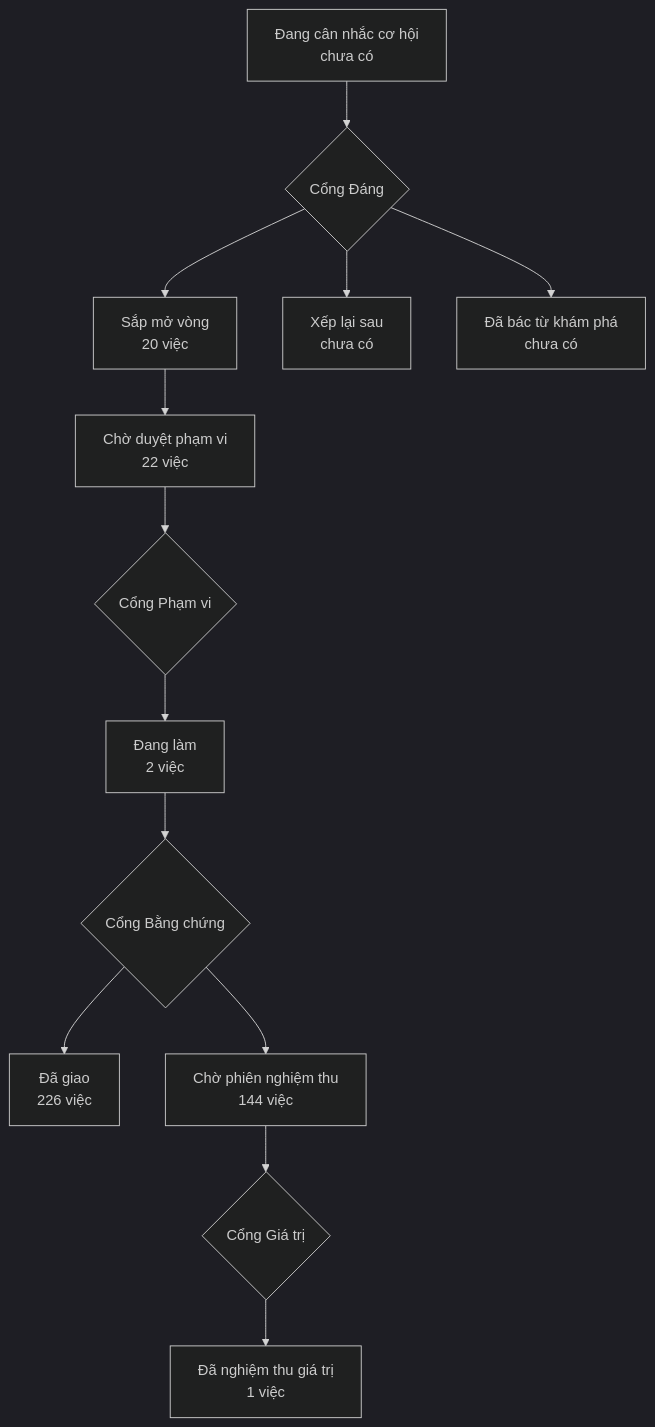
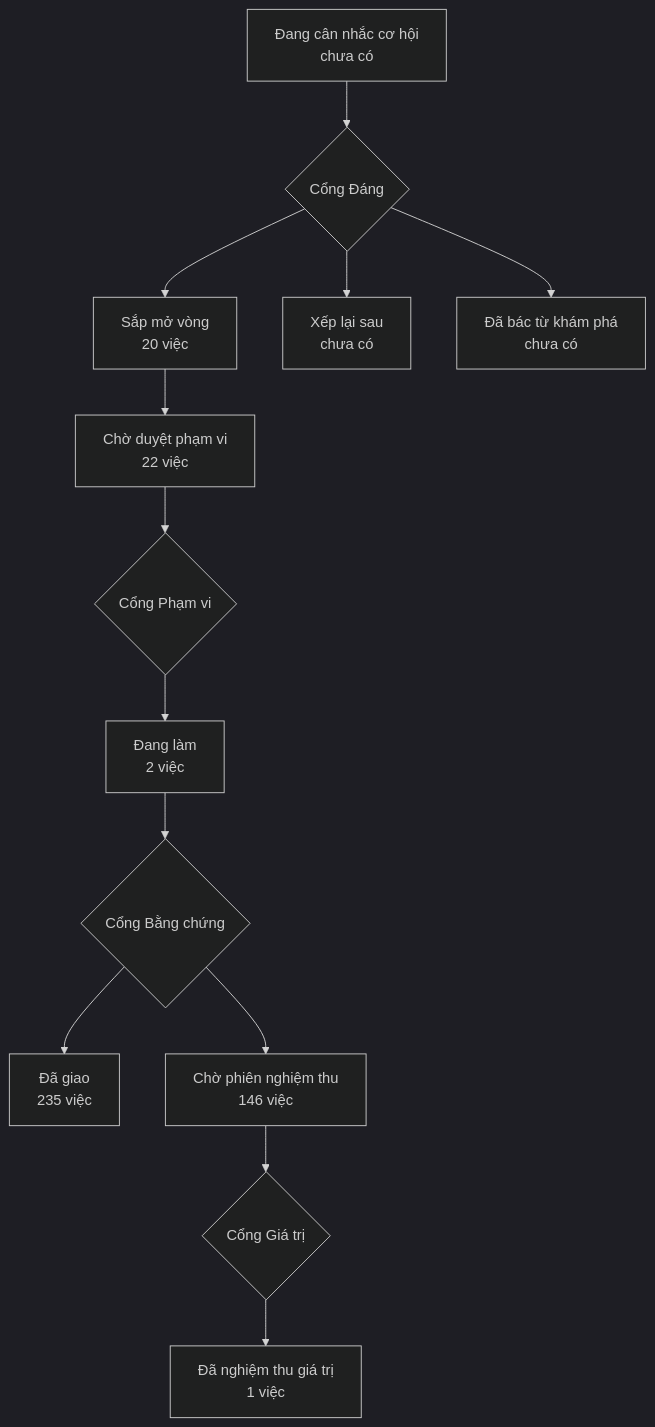
Before and after one commit to phanlemanh/onehub-invest: the diagram in PRODUCT-MAP.md, drawn with Mermaid (dark theme). The commit also changed other lines of this file and 3 other files, not shown here.

````diff
--- a/PRODUCT-MAP.md
+++ b/PRODUCT-MAP.md
@@ -7,12 +7,12 @@
 ```mermaid
 flowchart TD
   A["Đang cân nhắc cơ hội<br/>chưa có"] --> GD{"Cổng Đáng"}
   GD --> B["Sắp mở vòng<br/>20 việc"]
   GD --> XL["Xếp lại sau<br/>chưa có"]
   GD --> DB["Đã bác từ khám phá<br/>chưa có"]
   B --> CD["Chờ duyệt phạm vi<br/>22 việc"] --> GP{"Cổng Phạm vi"}
   GP --> DL["Đang làm<br/>2 việc"] --> GB{"Cổng Bằng chứng"}
-  GB --> DG["Đã giao<br/>226 việc"]
-  GB --> CN["Chờ phiên nghiệm thu<br/>144 việc"] --> GG{"Cổng Giá trị"}
+  GB --> DG["Đã giao<br/>235 việc"]
+  GB --> CN["Chờ phiên nghiệm thu<br/>146 việc"] --> GG{"Cổng Giá trị"}
   GG --> NT["Đã nghiệm thu giá trị<br/>1 việc"]
 ```
````
